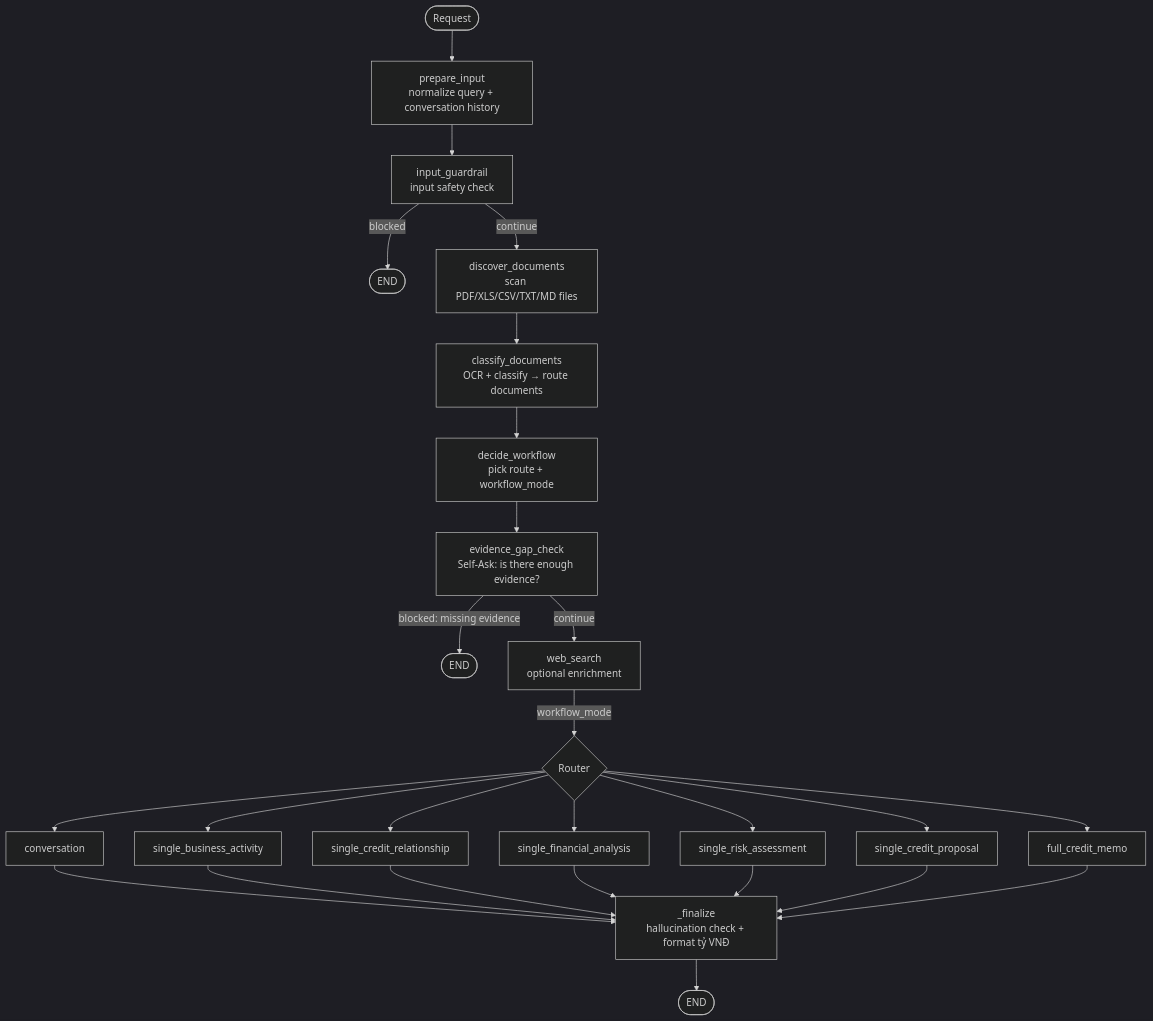
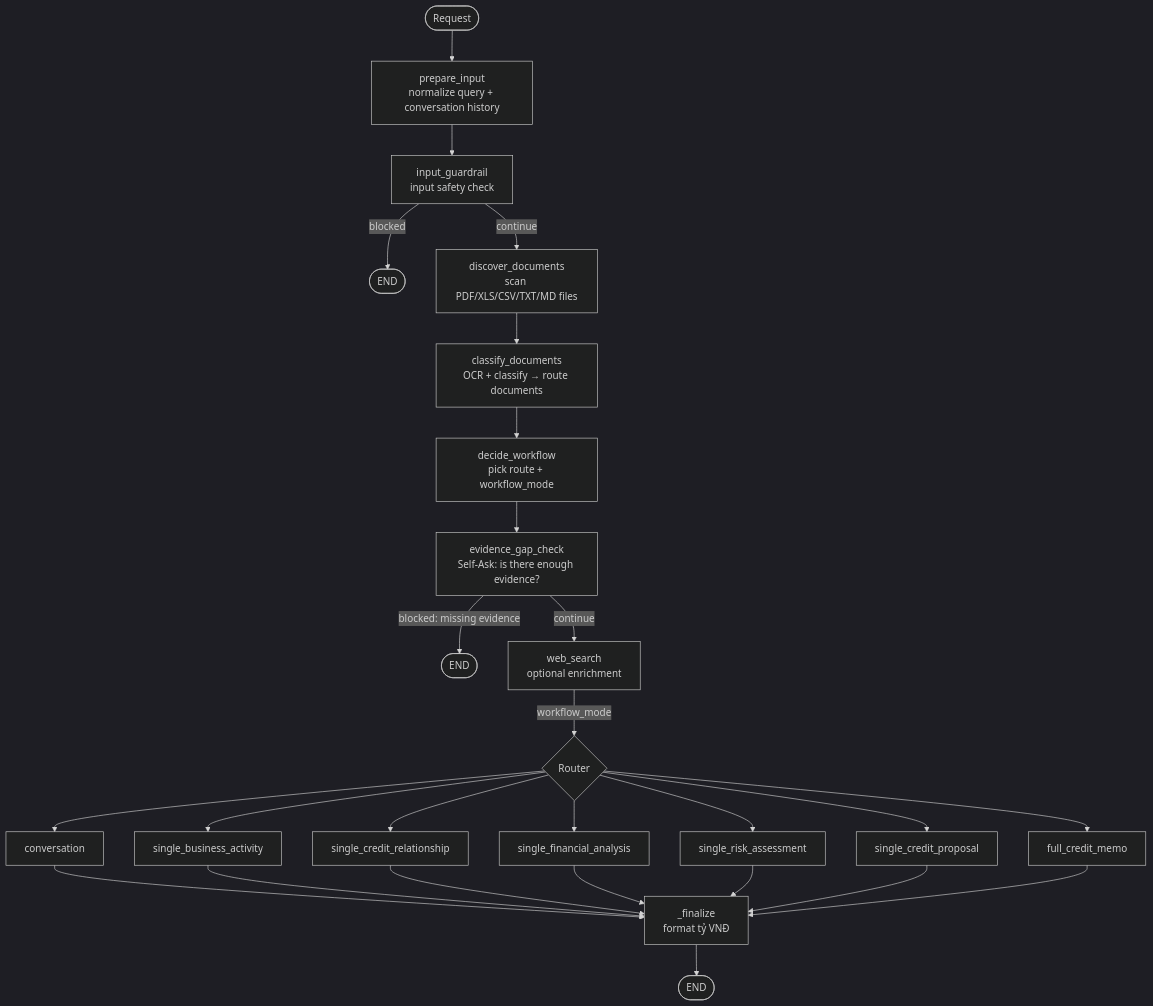
One commit to hodongtu/SME-creditmemo-multi-agent changed the diagram in README.md. Above: the diagram before and after it, drawn with Mermaid (dark theme). The commit also changed other lines of this file and 7 other files, not shown here.

First line of the commit message:
Remove the hallucination-check guardrail

````diff
--- a/README.md
+++ b/README.md
@@ -71,22 +69,22 @@
 ```mermaid
 flowchart TD
     START([Request]) --> A[prepare_input<br/>normalize query + conversation history]
     A --> B[input_guardrail<br/>input safety check]
     B -->|blocked| E1([END])
     B -->|continue| C[discover_documents<br/>scan PDF/XLS/CSV/TXT/MD files]
     C --> D[classify_documents<br/>OCR + classify → route documents]
     D --> F[decide_workflow<br/>pick route + workflow_mode]
     F --> G[evidence_gap_check<br/>Self-Ask: is there enough evidence?]
     G -->|blocked: missing evidence| E2([END])
     G -->|continue| H[web_search<br/>optional enrichment]
     H -->|workflow_mode| R{Router}
     R --> W1[conversation]
     R --> W2[single_business_activity]
     R --> W3[single_credit_relationship]
     R --> W4[single_financial_analysis]
     R --> W5[single_risk_assessment]
     R --> W6[single_credit_proposal]
     R --> W7[full_credit_memo]
-    W1 & W2 & W3 & W4 & W5 & W6 & W7 --> FIN[_finalize<br/>hallucination check + format tỷ VNĐ]
+    W1 & W2 & W3 & W4 & W5 & W6 & W7 --> FIN[_finalize<br/>format tỷ VNĐ]
     FIN --> ENDN([END])
 ```
````
